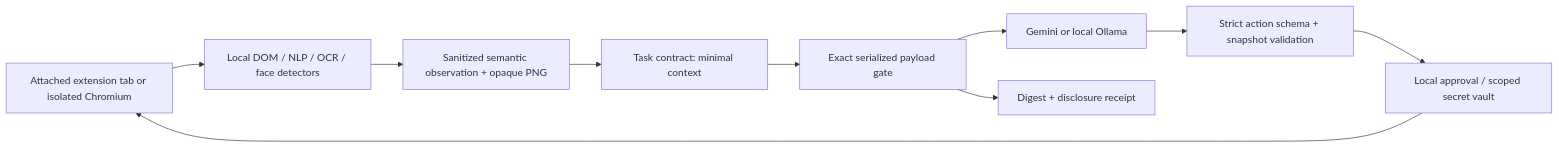
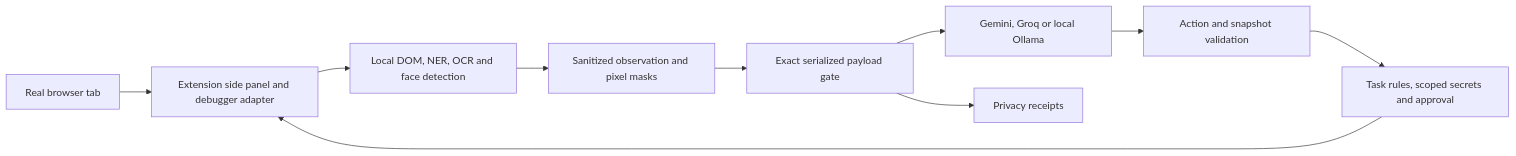
One commit to PECathon-2026/Stardust-Crusaders changed the diagram in docs/ARCHITECTURE.md. Above: the diagram before and after it, drawn with Mermaid. The commit also changed other lines of this file and 17 other files, not shown here.

````diff
--- a/docs/ARCHITECTURE.md
+++ b/docs/ARCHITECTURE.md
@@ -6,12 +4,12 @@
 ```mermaid
 flowchart LR
-  B[Attached extension tab or isolated Chromium] --> D[Local DOM / NLP / OCR / face detectors]
-  D --> S[Sanitized semantic observation + opaque PNG]
-  S --> C[Task contract: minimal context]
-  C --> G[Exact serialized payload gate]
-  G --> P[Gemini or local Ollama]
-  P --> V[Strict action schema + snapshot validation]
-  V --> A[Local approval / scoped secret vault]
-  A --> B
-  G --> R[Digest + disclosure receipt]
+  B[Real browser tab] --> E[Extension side panel and debugger adapter]
+  E --> D[Local DOM, NER, OCR and face detection]
+  D --> S[Sanitized observation and pixel masks]
+  S --> G[Exact serialized payload gate]
+  G --> P[Gemini, Groq or local Ollama]
+  P --> V[Action and snapshot validation]
+  V --> A[Task rules, scoped secrets and approval]
+  A --> E
+  G --> R[Privacy receipts]
 ```
````
